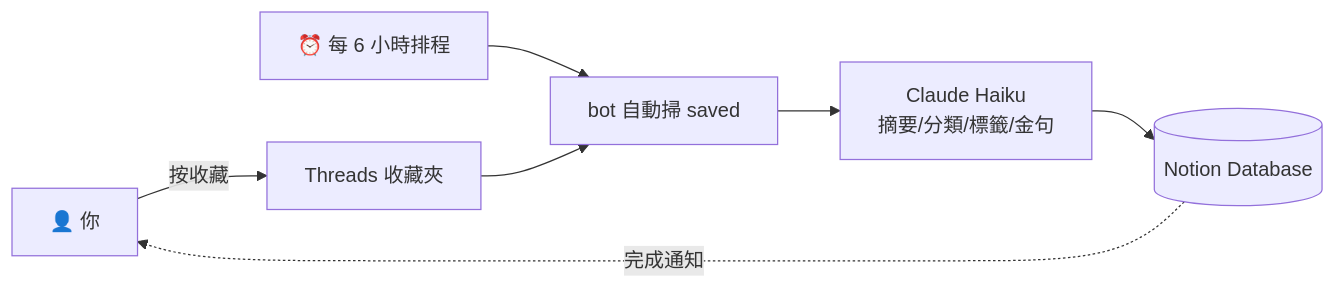
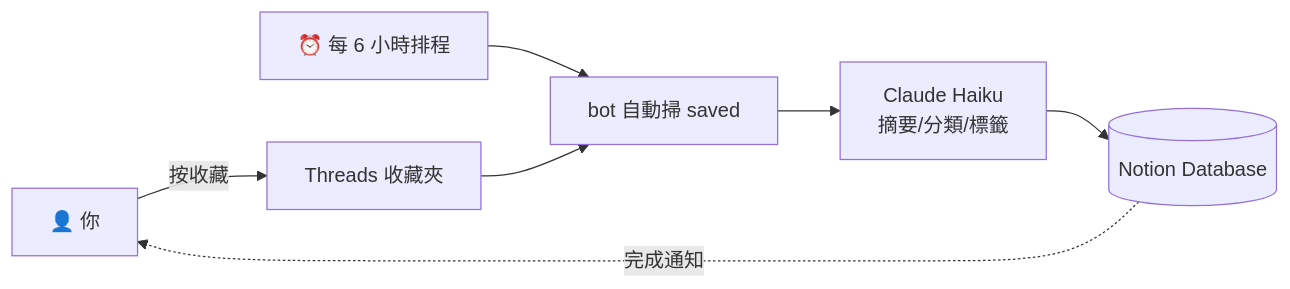
Before and after one commit to kengkeng44/Telegram-Bot-Workflow-Suite-Publishing-Bookmarking: the first of 2 diagrams in README.md, drawn with Mermaid. The commit also changed other lines of this file and 1 other file, not shown here.

````diff
--- a/README.md
+++ b/README.md
@@ -22,9 +24,9 @@
 ```mermaid
 flowchart LR
     U[👤 你] -->|按收藏| THREADS_FAV[Threads 收藏夾]
     SCHED[⏰ 每 6 小時排程] --> SYNC[bot 自動掃 saved]
     THREADS_FAV --> SYNC
-    SYNC --> CLAUDE1[Claude Haiku<br/>摘要/分類/標籤/金句]
+    SYNC --> CLAUDE1[Claude Haiku<br/>摘要/分類/標籤]
     CLAUDE1 --> NOTION1[(Notion Database)]
     NOTION1 -.->|完成通知| U
 ```
````
